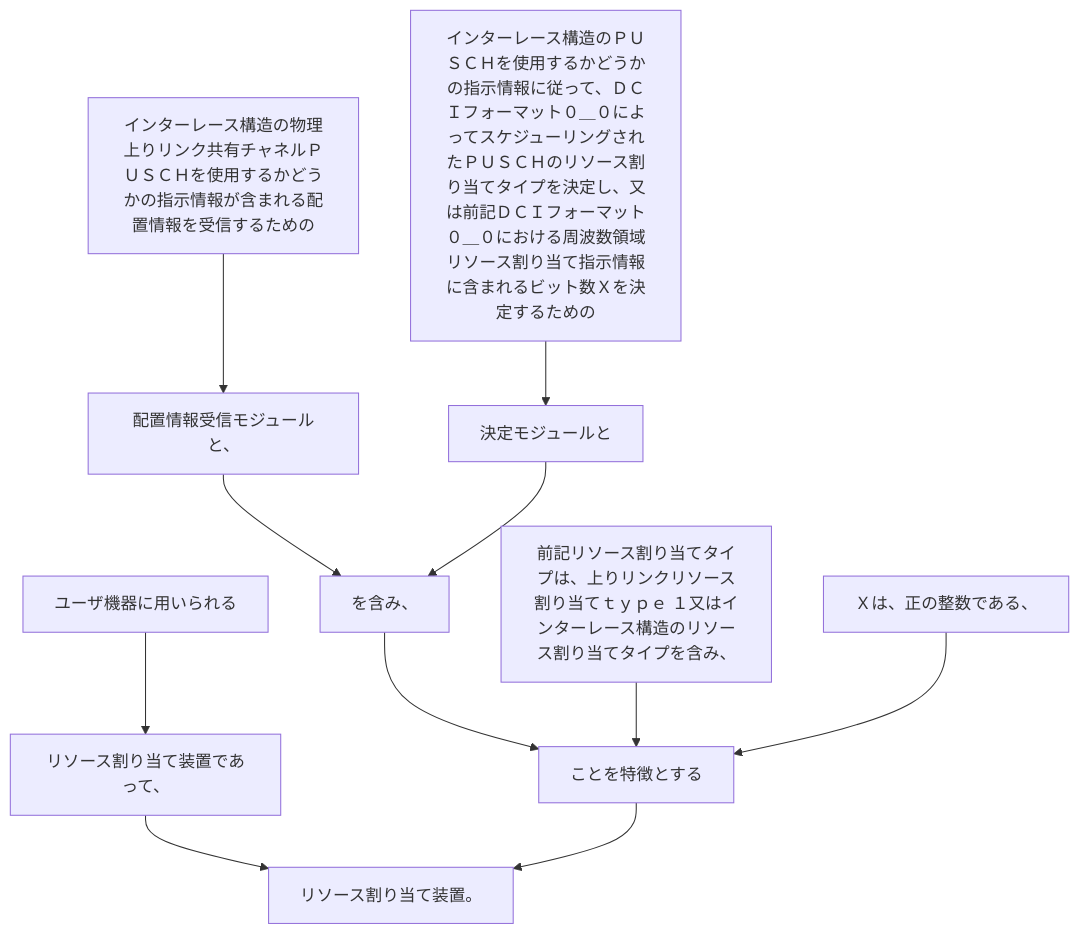
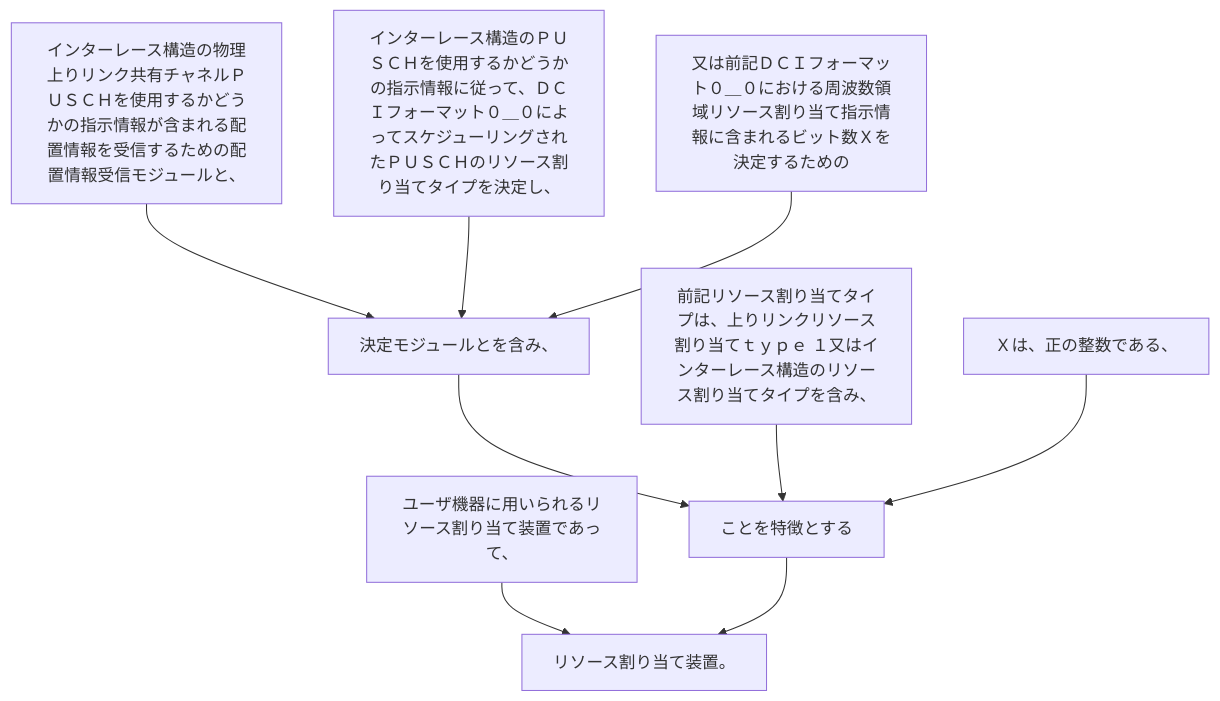
Before and after one commit to shinmori55/patent_analyzed: the diagram in 2024/JP2024029186A/claim_17/README.md, drawn with Mermaid. The commit also changed 336 other files, not shown here.

````diff
--- a/2024/JP2024029186A/claim_17/README.md
+++ b/2024/JP2024029186A/claim_17/README.md
@@ -4,25 +4,20 @@
 ```mermaid
 flowchart TD
-A[ユーザ機器に用いられる]
-B[リソース割り当て装置であって、]
-C[インターレース構造の物理上りリンク共有チャネルＰＵＳＣＨを使用するかどうかの指示情報が含まれる配置情報を受信するための]
-D[配置情報受信モジュールと、]
-E[インターレース構造のＰＵＳＣＨを使用するかどうかの指示情報に従って、ＤＣＩフォーマット０＿０によってスケジューリングされたＰＵＳＣＨのリソース割り当てタイプを決定し、又は前記ＤＣＩフォーマット０＿０における周波数領域リソース割り当て指示情報に含まれるビット数Ｘを決定するための]
-F[決定モジュールと]
-G[を含み、]
-H[前記リソース割り当てタイプは、上りリンクリソース割り当てｔｙｐｅ １又はインターレース構造のリソース割り当てタイプを含み、]
-I[Ｘは、正の整数である、]
-J[ことを特徴とする]
-K[リソース割り当て装置。]
-
-A --> B
-B --> K
-C --> D
-E --> F
-D --> G
-F --> G
-G --> J
-H --> J
-I --> J
-J --> K
+A[ユーザ機器に用いられるリソース割り当て装置であって、]
+B[インターレース構造の物理上りリンク共有チャネルＰＵＳＣＨを使用するかどうかの指示情報が含まれる配置情報を受信するための配置情報受信モジュールと、]
+C[インターレース構造のＰＵＳＣＨを使用するかどうかの指示情報に従って、ＤＣＩフォーマット０＿０によってスケジューリングされたＰＵＳＣＨのリソース割り当てタイプを決定し、]
+D[又は前記ＤＣＩフォーマット０＿０における周波数領域リソース割り当て指示情報に含まれるビット数Ｘを決定するための]
+E[決定モジュールとを含み、]
+F[前記リソース割り当てタイプは、上りリンクリソース割り当てｔｙｐｅ １又はインターレース構造のリソース割り当てタイプを含み、]
+G[Ｘは、正の整数である、]
+H[ことを特徴とする]
+I[リソース割り当て装置。]
+A --> I
+B --> E
+C --> E
+D --> E
+E --> H
+F --> H
+G --> H
+H --> I
 ```
````
